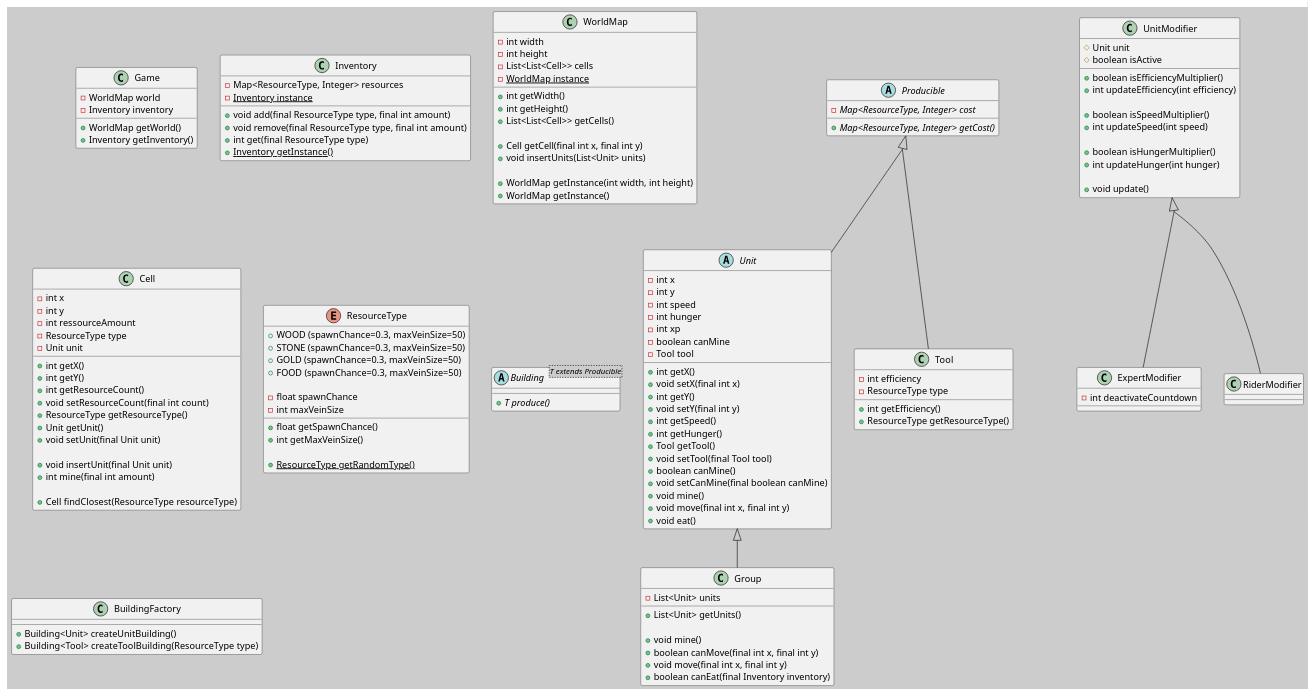
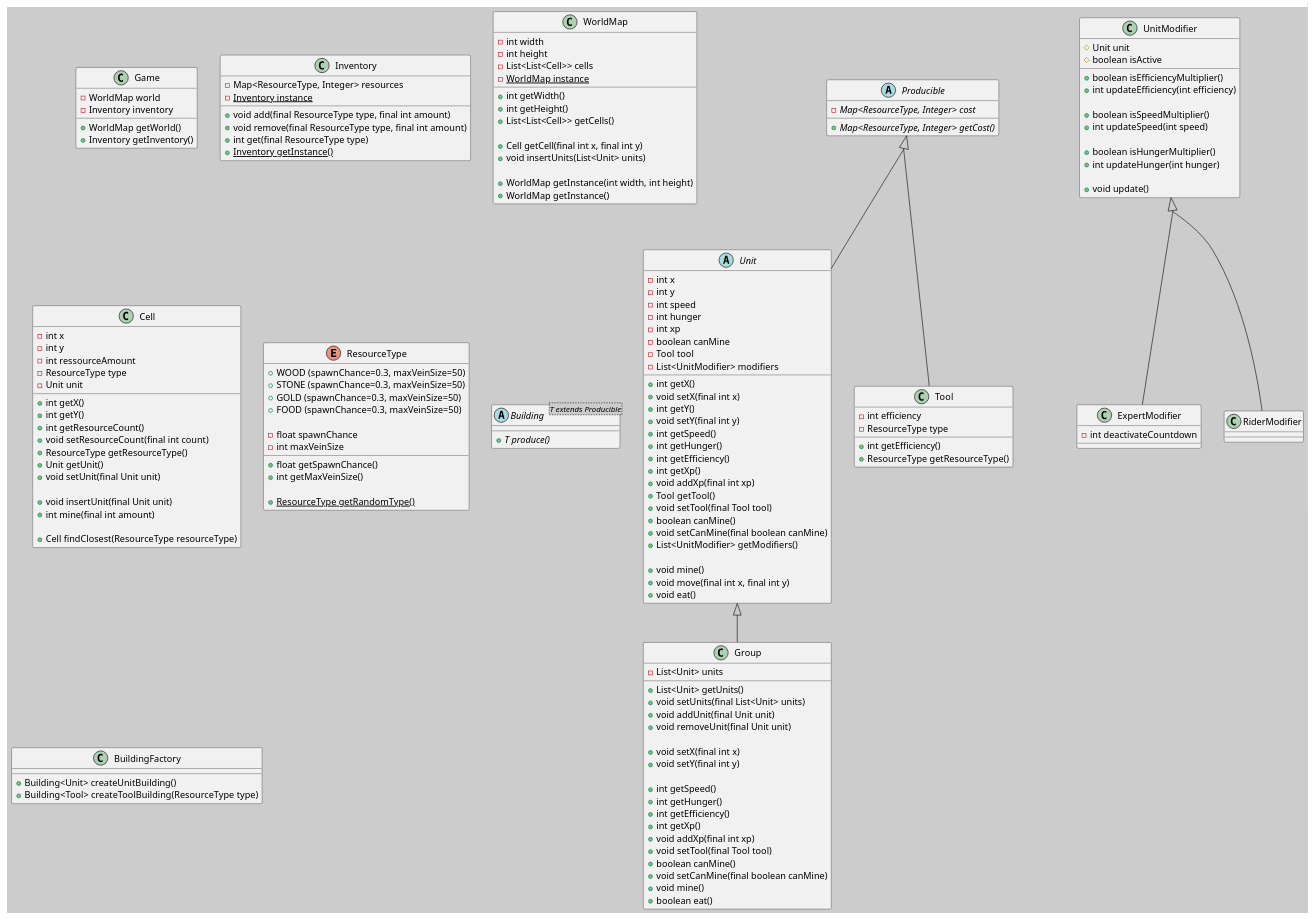
One commit to 17maiga/strategy_game_dp changed the diagram in doc/class.puml. Above: the diagram before and after it, drawn with PlantUML.

Commit message:
Reflect a few changes in UML

```diff
--- a/doc/class.puml
+++ b/doc/class.puml
@@ -1,158 +1,176 @@
 @startuml
 skinparam groupInheritance 2
 skinparam backgroundColor #CCCCCC
 
 class Game {
   -WorldMap world
   -Inventory inventory
 
   +WorldMap getWorld()
   +Inventory getInventory()
 }
 
 class Inventory {
   -Map<ResourceType, Integer> resources
   {static} -Inventory instance
 
   +void add(final ResourceType type, final int amount)
   +void remove(final ResourceType type, final int amount)
   +int get(final ResourceType type)
   {static} +Inventory getInstance()
 }
 
 class WorldMap {
   -int width
   -int height
   -List<List<Cell>> cells
   {static} -WorldMap instance
 
 
   +int getWidth()
   +int getHeight()
   +List<List<Cell>> getCells()
 
   +Cell getCell(final int x, final int y)
   +void insertUnits(List<Unit> units)
 
   +WorldMap getInstance(int width, int height)
   +WorldMap getInstance()
 }
 
 class Cell {
   -int x
   -int y
   -int ressourceAmount
   -ResourceType type
   -Unit unit
 
   +int getX()
   +int getY()
   +int getResourceCount()
   +void setResourceCount(final int count)
   +ResourceType getResourceType()
   +Unit getUnit()
   +void setUnit(final Unit unit)
 
   +void insertUnit(final Unit unit)
   +int mine(final int amount)
 
   +Cell findClosest(ResourceType resourceType)
 }
 
 enum ResourceType {
   {field} +WOOD (spawnChance=0.3, maxVeinSize=50)
   {field} +STONE (spawnChance=0.3, maxVeinSize=50)
   {field} +GOLD (spawnChance=0.3, maxVeinSize=50)
   {field} +FOOD (spawnChance=0.3, maxVeinSize=50)
 
   -float spawnChance
   -int maxVeinSize
 
   +float getSpawnChance()
   +int getMaxVeinSize()
 
   {static} +ResourceType getRandomType()
 }
 
 abstract class Producible {
   {abstract} -Map<ResourceType, Integer> cost
 
   {abstract} +Map<ResourceType, Integer> getCost()
 }
 
 abstract class Unit extends Producible {
   -int x
   -int y
   -int speed
   -int hunger
   -int xp
   -boolean canMine
   -Tool tool
+  -List<UnitModifier> modifiers
 
   +int getX()
   +void setX(final int x)
   +int getY()
   +void setY(final int y)
   +int getSpeed()
   +int getHunger()
+  +int getEfficiency()
+  +int getXp()
+  +void addXp(final int xp)
   +Tool getTool()
   +void setTool(final Tool tool)
   +boolean canMine()
   +void setCanMine(final boolean canMine)
+  +List<UnitModifier> getModifiers()
+
   +void mine()
   +void move(final int x, final int y)
   +void eat()
 }
 
 class Group extends Unit {
   -List<Unit> units
 
   +List<Unit> getUnits()
+  +void setUnits(final List<Unit> units)
+  +void addUnit(final Unit unit)
+  +void removeUnit(final Unit unit)
 
+  +void setX(final int x)
+  +void setY(final int y)
+
+  +int getSpeed()
+  +int getHunger()
+  +int getEfficiency()
+  +int getXp()
+  +void addXp(final int xp)
+  +void setTool(final Tool tool)
+  +boolean canMine()
+  +void setCanMine(final boolean canMine)
   +void mine()
-  +boolean canMove(final int x, final int y)
-  +void move(final int x, final int y)
-  +boolean canEat(final Inventory inventory)
+  +boolean eat()
 }
 
 class UnitModifier {
   #Unit unit
   #boolean isActive
 
   +boolean isEfficiencyMultiplier()
   +int updateEfficiency(int efficiency)
 
   +boolean isSpeedMultiplier()
   +int updateSpeed(int speed)
 
   +boolean isHungerMultiplier()
   +int updateHunger(int hunger)
 
   +void update()
 }
 
 class ExpertModifier extends UnitModifier {
   -int deactivateCountdown
 }
 
 class RiderModifier extends UnitModifier {
 }
 
 class Tool extends Producible {
   -int efficiency
   -ResourceType type
 
   +int getEfficiency()
   +ResourceType getResourceType()
 }
 
 abstract class Building<T extends Producible> {
   {abstract} +T produce()
 }
 
 class BuildingFactory {
   +Building<Unit> createUnitBuilding()
   +Building<Tool> createToolBuilding(ResourceType type)
 }
 
 @enduml
```
